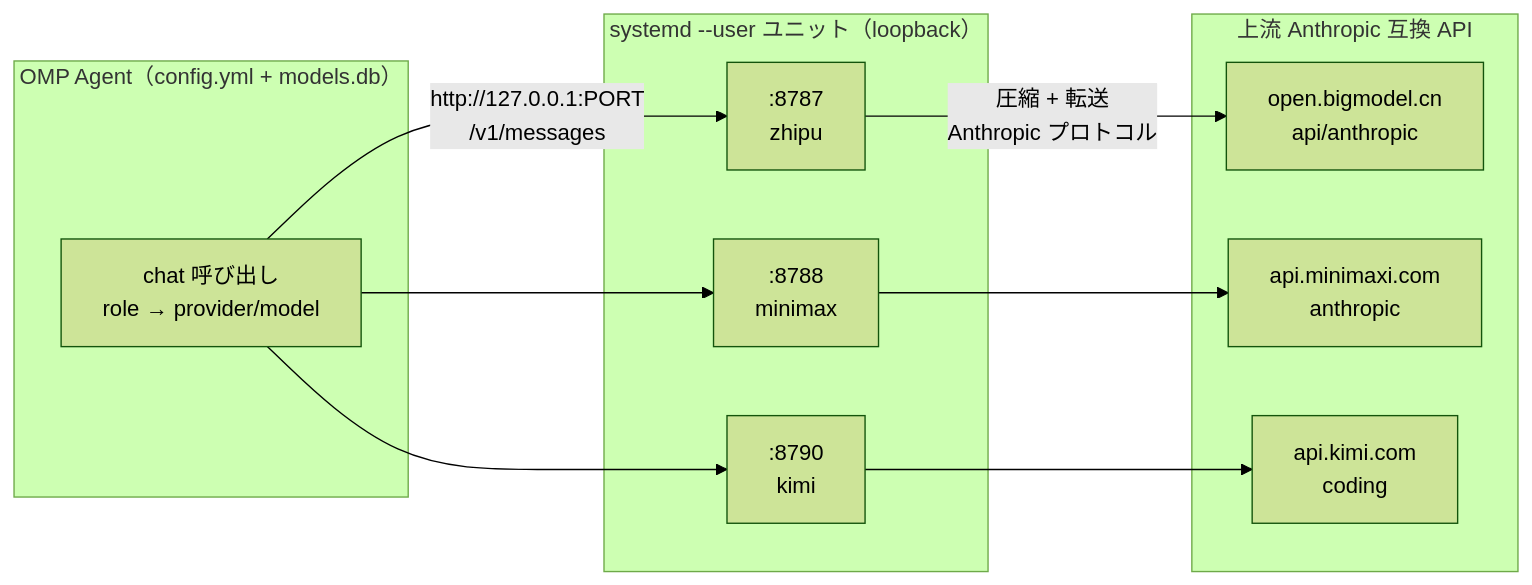
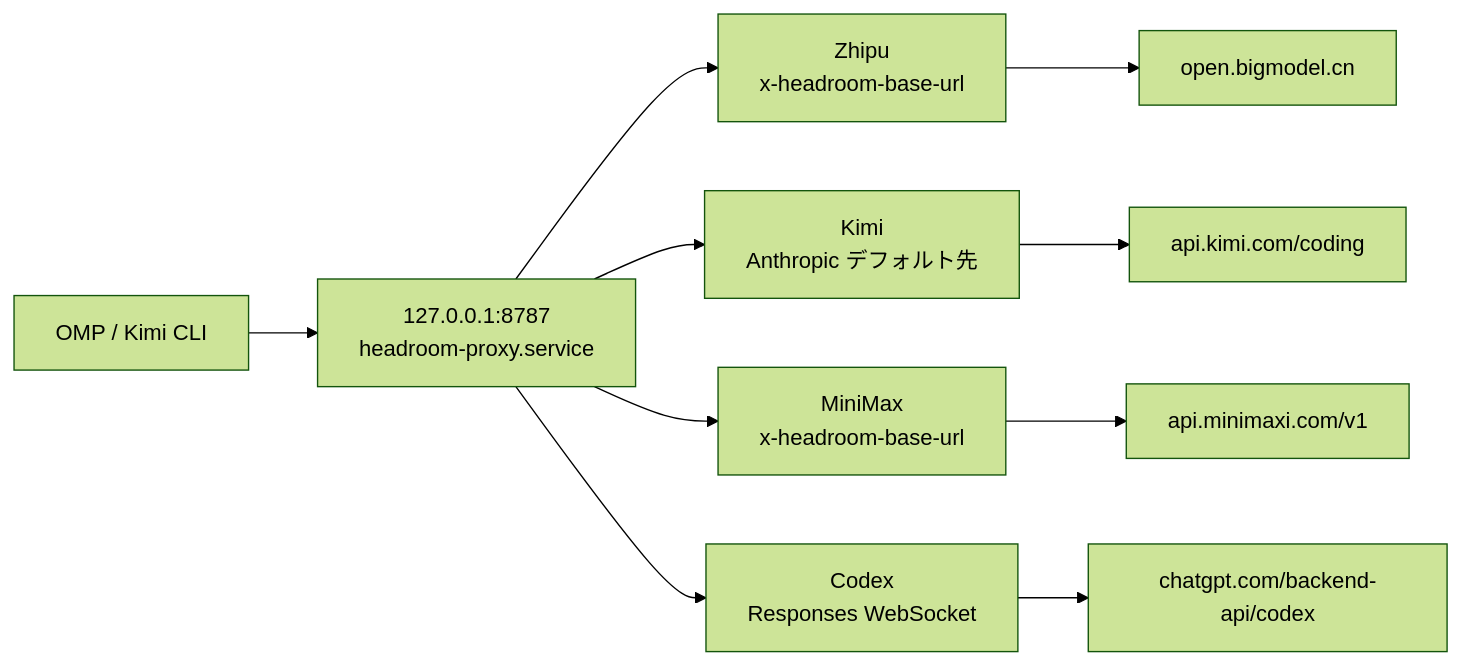
Before and after one commit to DavidHLP/DavidHLP.github.io: the second of 6 diagrams in src/content/note/ja/omp-config-and-rules-guide.md, drawn with Mermaid (forest theme). The commit also changed other lines of this file and 11 other files, not shown here.

First line of the commit message:
docs(note): expand OMP and Headroom guides

````diff
--- a/src/content/note/ja/omp-config-and-rules-guide.md
+++ b/src/content/note/ja/omp-config-and-rules-guide.md
@@ -254,22 +256,12 @@
 ```mermaid
 flowchart LR
-  subgraph OMP["OMP Agent（config.yml + models.db）"]
-    A["chat 呼び出し<br/>role → provider/model"]
-  end
-  subgraph Headroom["systemd --user ユニット（loopback）"]
-    Z[":8787<br/>zhipu"]
-    M[":8788<br/>minimax"]
-    K[":8790<br/>kimi"]
-  end
-  subgraph Upstream["上流 Anthropic 互換 API"]
-    U1["open.bigmodel.cn<br/>api/anthropic"]
-    U2["api.minimaxi.com<br/>anthropic"]
-    U3["api.kimi.com<br/>coding"]
-  end
-  A -->|"http://127.0.0.1:PORT<br/>/v1/messages"| Z
-  A --> M
-  A --> K
-  Z -->|"圧縮 + 転送<br/>Anthropic プロトコル"| U1
-  M --> U2
-  K --> U3
+  A["OMP / Kimi CLI"] --> H["127.0.0.1:8787<br/>headroom-proxy.service"]
+  H --> Z["Zhipu<br/>x-headroom-base-url"]
+  H --> K["Kimi<br/>Anthropic デフォルト先"]
+  H --> M["MiniMax<br/>x-headroom-base-url"]
+  H --> C["Codex<br/>Responses WebSocket"]
+  Z --> ZU["open.bigmodel.cn"]
+  K --> KU["api.kimi.com/coding"]
+  M --> MU["api.minimaxi.com/v1"]
+  C --> CU["chatgpt.com/backend-api/codex"]
 ```
````
